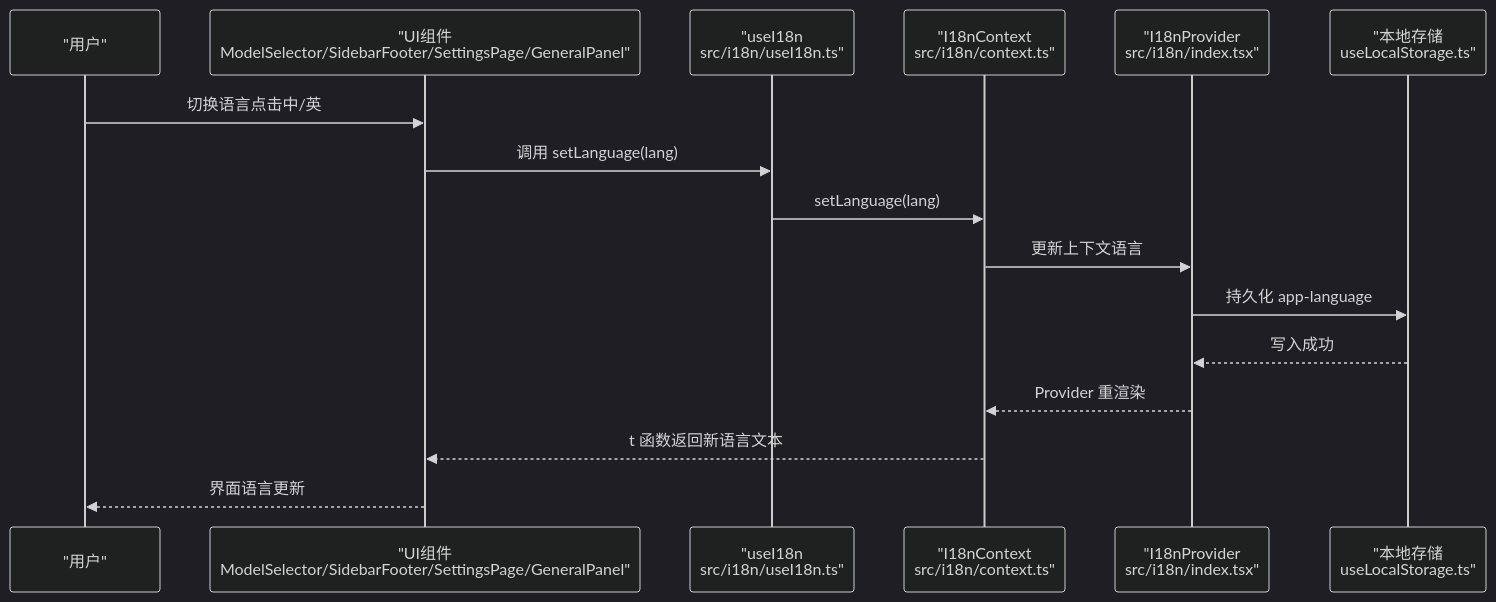
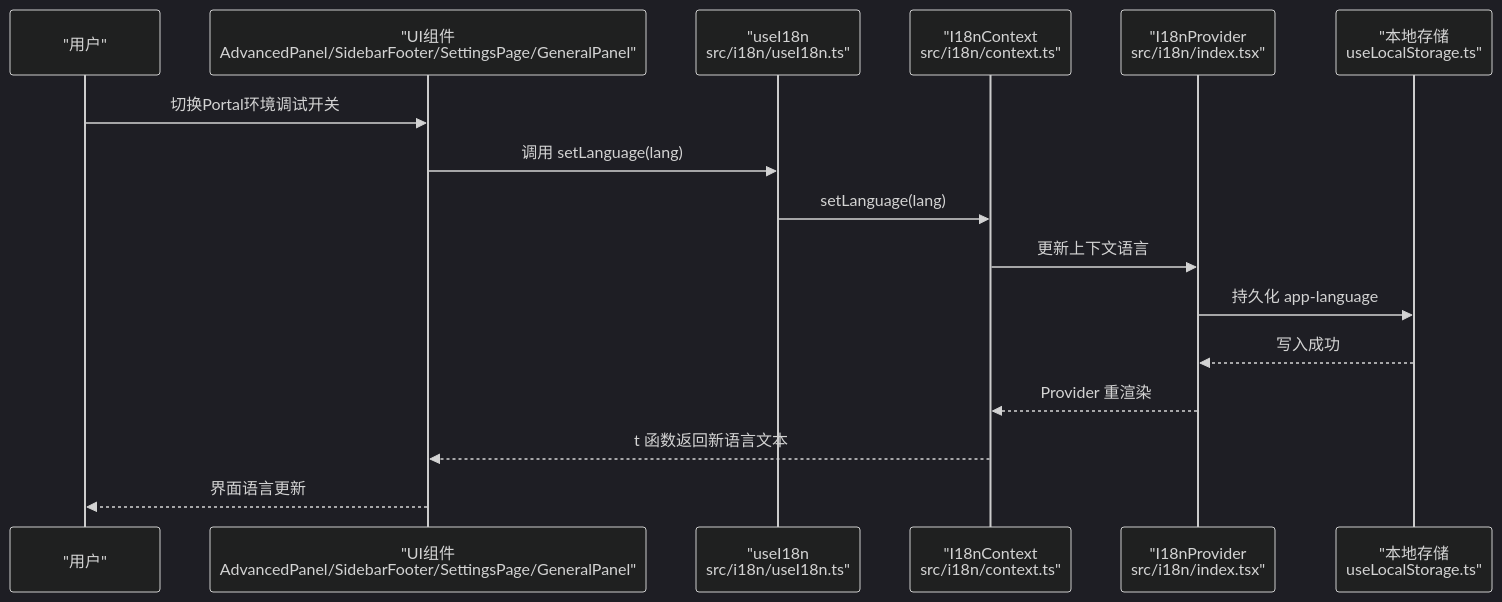
Before and after one commit to RabbitAI-Lab/RabbitCoding: the second of 7 diagrams in .qoder/repowiki/zh/content/国际化支持.md, drawn with Mermaid (dark theme). The commit also changed other lines of this file and 36 other files, not shown here.

````diff
--- a/.qoder/repowiki/zh/content/国际化支持.md
+++ b/.qoder/repowiki/zh/content/国际化支持.md
@@ -144,18 +140,18 @@
 ```mermaid
 sequenceDiagram
 participant U as "用户"
-participant UI as "UI组件<br/>ModelSelector/SidebarFooter/SettingsPage/GeneralPanel"
+participant UI as "UI组件<br/>AdvancedPanel/SidebarFooter/SettingsPage/GeneralPanel"
 participant Hook as "useI18n<br/>src/i18n/useI18n.ts"
 participant Ctx as "I18nContext<br/>src/i18n/context.ts"
 participant Prov as "I18nProvider<br/>src/i18n/index.tsx"
 participant LS as "本地存储<br/>useLocalStorage.ts"
-U->>UI : 切换语言点击中/英
+U->>UI : 切换Portal环境调试开关
 UI->>Hook : 调用 setLanguage(lang)
 Hook->>Ctx : setLanguage(lang)
 Ctx->>Prov : 更新上下文语言
 Prov->>LS : 持久化 app-language
 LS-->>Prov : 写入成功
 Prov-->>Ctx : Provider 重渲染
 Ctx-->>UI : t 函数返回新语言文本
 UI-->>U : 界面语言更新
 ```
````
